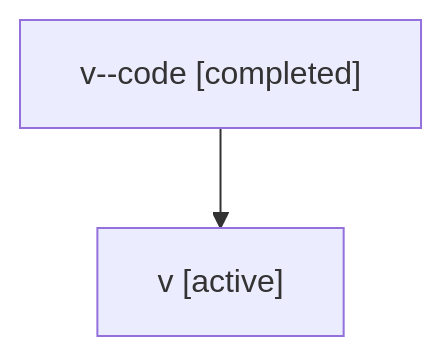
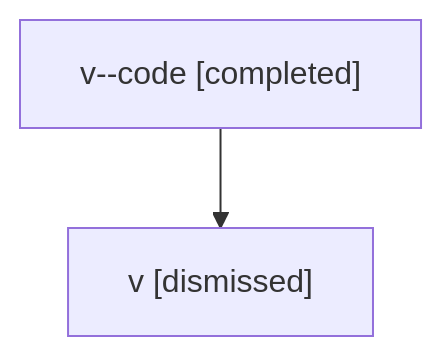
The diagram in sessions/bbugyi200.athena.v.md (sase-org/sase--agents), drawn with Mermaid before and after one commit. The commit also changed other lines of this file and 36 other files, not shown here.

````diff
--- a/sessions/bbugyi200.athena.v.md
+++ b/sessions/bbugyi200.athena.v.md
@@ -9,6 +9,6 @@
 ```mermaid
 flowchart TD
   n0["v--code [completed]"]
-  n1["v [active]"]
+  n1["v [dismissed]"]
   n0 --> n1
 ```
````
